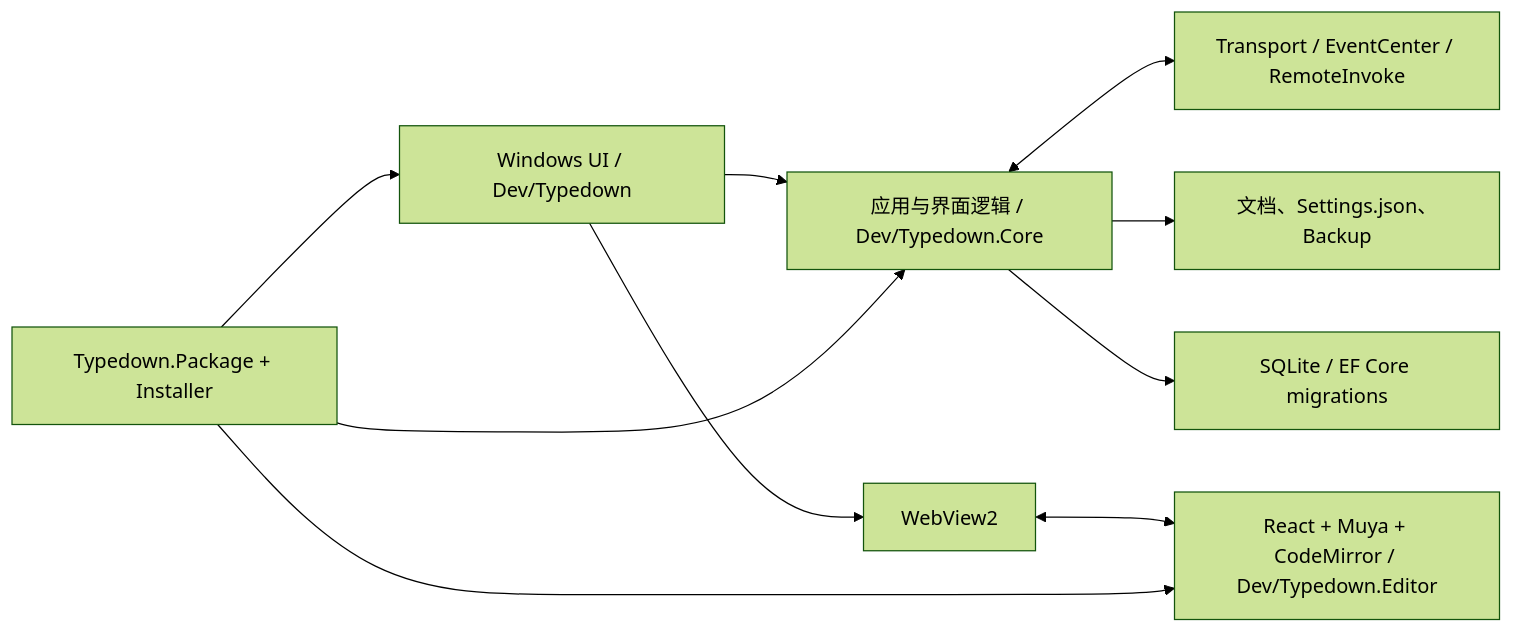
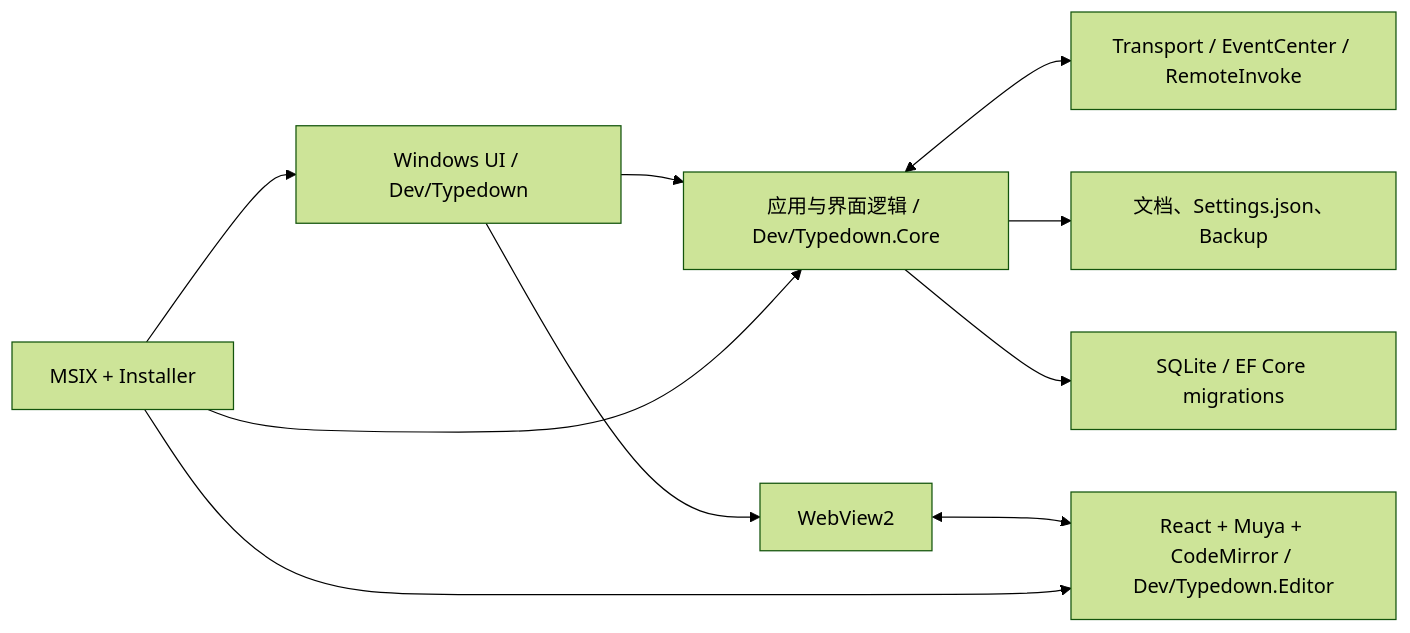
The diagram in docs/architecture.md (flintt/Typedown), drawn with Mermaid (forest theme) before and after one commit. The commit also changed other lines of this file and 66 other files, not shown here.

````diff
--- a/docs/architecture.md
+++ b/docs/architecture.md
@@ -5,12 +5,12 @@
 ```mermaid
 flowchart LR
     U[Windows UI / Dev/Typedown] --> C[应用与界面逻辑 / Dev/Typedown.Core]
     U --> W[WebView2]
     C <--> T[Transport / EventCenter / RemoteInvoke]
     W <--> E[React + Muya + CodeMirror / Dev/Typedown.Editor]
     C --> F[文档、Settings.json、Backup]
     C --> D[SQLite / EF Core migrations]
-    P[Typedown.Package + Installer] --> U
+    P[MSIX + Installer] --> U
     P --> C
     P --> E
 ```
````
